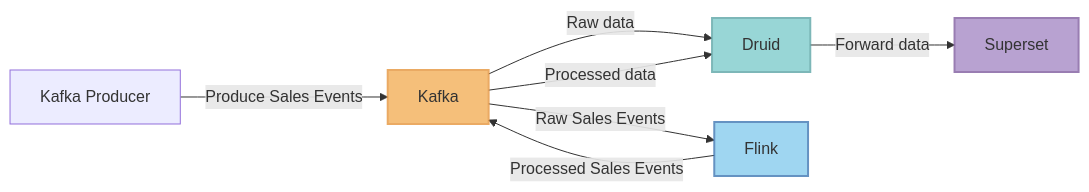
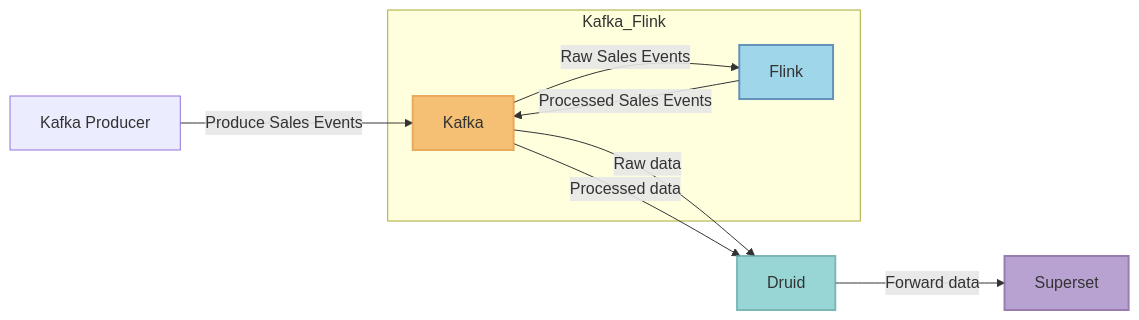
One commit to theodorecurtil/real_time_dashboarding changed the diagram in README.md. Above: the diagram before and after it, drawn with Mermaid.

````diff
--- a/README.md
+++ b/README.md
@@ -101,14 +101,20 @@
 ```mermaid
 graph LR
 style Kafka fill:#F3B05A,stroke:#E6953D,stroke-width:2px,rounded,border,opacity:0.8
 style Druid fill:#7FCDCD,stroke:#5DA6A7,stroke-width:2px,rounded,border,opacity:0.8
 style Superset fill:#A78CC6,stroke:#805DA0,stroke-width:2px,rounded,border,opacity:0.8
 style Flink fill:#88CCEE,stroke:#3F78B3,stroke-width:2px,rounded,border,opacity:0.8
 
 Producer["Kafka Producer"] -- Produce Sales Events --> Kafka["Kafka"]
 Kafka -- Raw Sales Events --> Flink["Flink"]
 Flink -- Processed Sales Events --> Kafka
+
+subgraph Kafka_Flink
+    Kafka
+    Flink
+end
+
 Kafka -- Raw data --> Druid["Druid"]
 Kafka -- Processed data --> Druid["Druid"]
 Druid -- Forward data --> Superset["Superset"]
 ```
````
